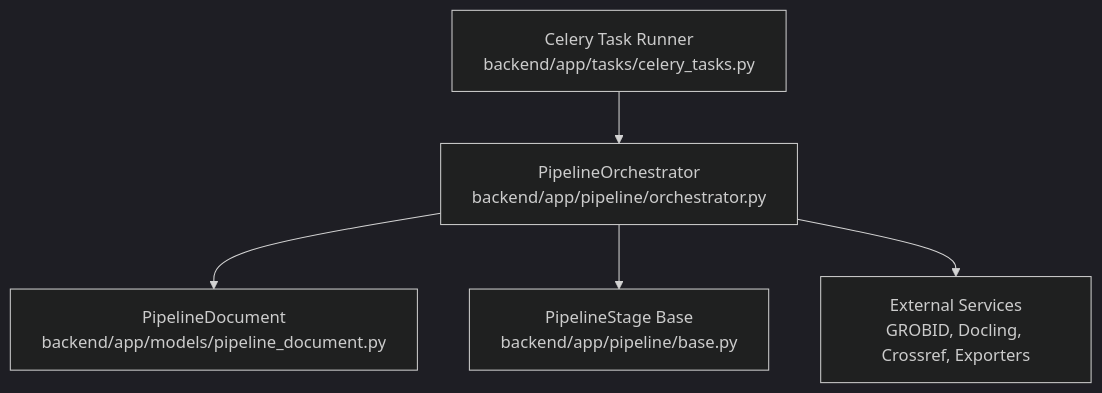
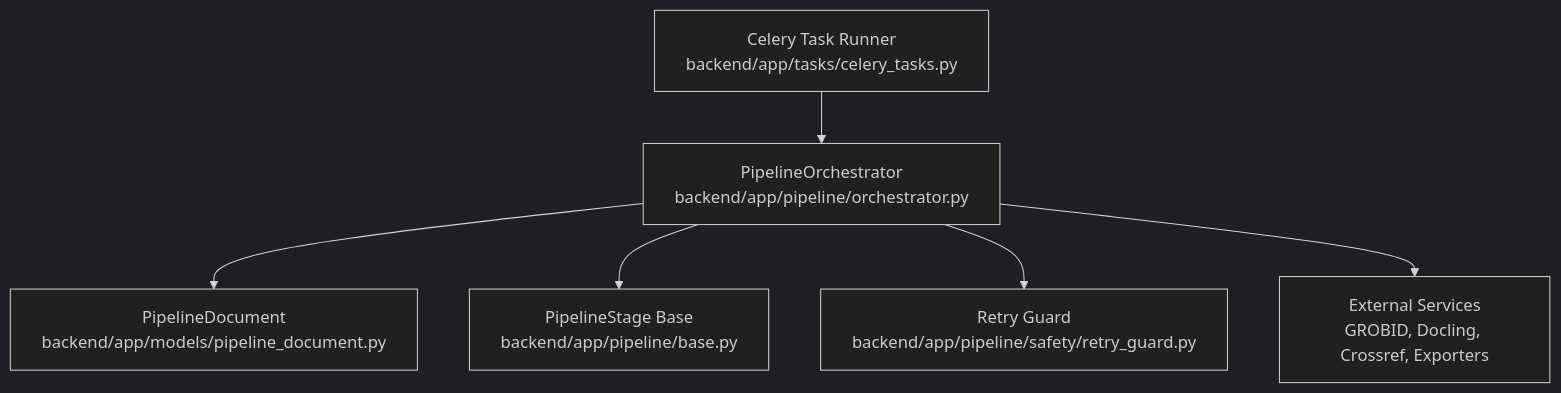
One commit to rohitkumarnaidu/-Auto-AI-Automated-Academic-Docx-Manuscript-Formatter changed the first of 10 diagrams in .qoder/repowiki/en/content/Backend Development/Pipeline Processing System.md. Above: the diagram before and after it, drawn with Mermaid (dark theme). The commit also changed other lines of this file and 4 other files, not shown here.

````diff
--- a/.qoder/repowiki/en/content/Backend Development/Pipeline Processing System.md
+++ b/.qoder/repowiki/en/content/Backend Development/Pipeline Processing System.md
@@ -33,7 +43,8 @@
 ```mermaid
 graph TB
 Celery["Celery Task Runner<br/>backend/app/tasks/celery_tasks.py"] --> Orchestrator["PipelineOrchestrator<br/>backend/app/pipeline/orchestrator.py"]
 Orchestrator --> Model["PipelineDocument<br/>backend/app/models/pipeline_document.py"]
 Orchestrator --> StageBase["PipelineStage Base<br/>backend/app/pipeline/base.py"]
+Orchestrator --> RetryGuard["Retry Guard<br/>backend/app/pipeline/safety/retry_guard.py"]
 Orchestrator --> Services["External Services<br/>GROBID, Docling, Crossref, Exporters"]
 ```
````
